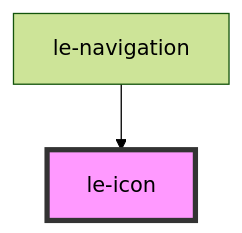
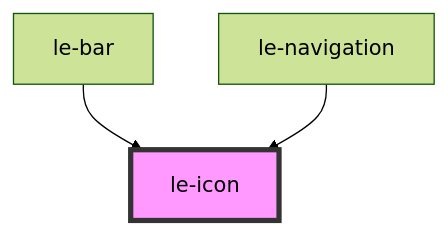
Before and after one commit to leechy/le-kit: the diagram in src/components/le-icon/readme.md, drawn with Mermaid (forest theme). The commit also changed other lines of this file and 9 other files, not shown here.

````diff
--- a/src/components/le-icon/readme.md
+++ b/src/components/le-icon/readme.md
@@ -23,5 +24,6 @@
 ```mermaid
 graph TD;
+  le-bar --> le-icon
   le-navigation --> le-icon
   style le-icon fill:#f9f,stroke:#333,stroke-width:4px
 ```
````
